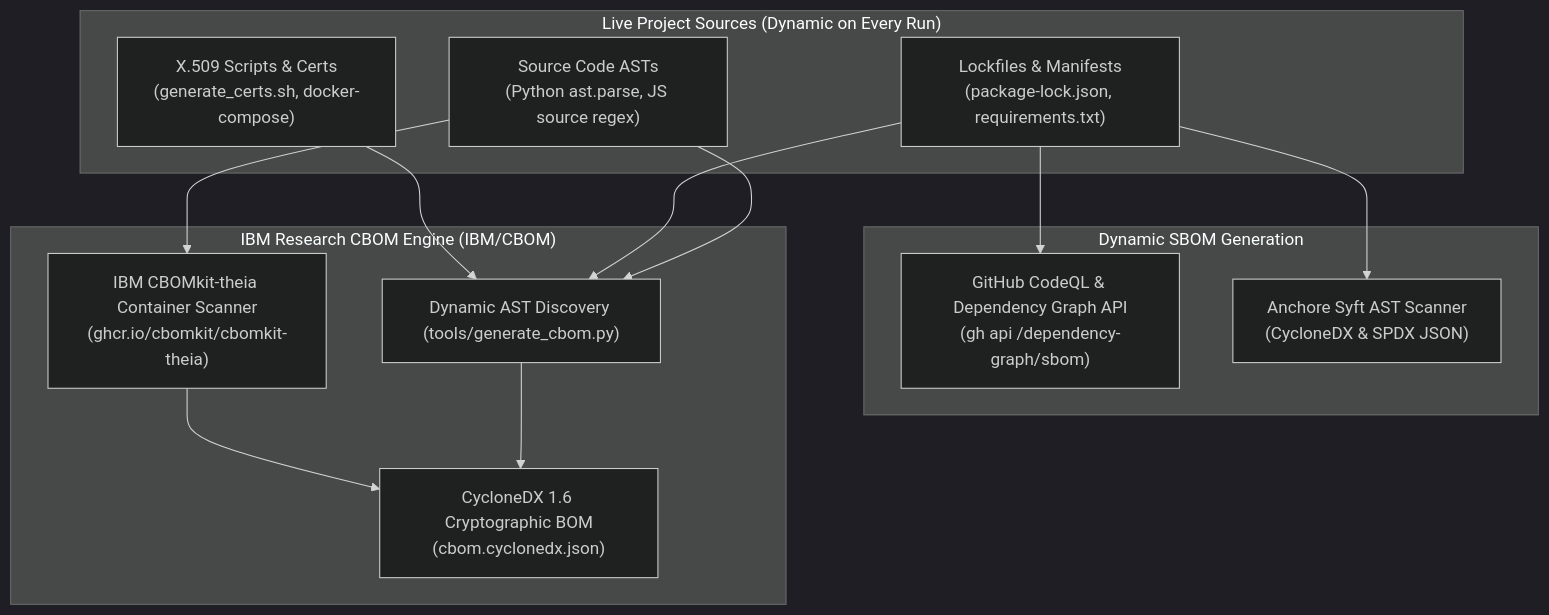
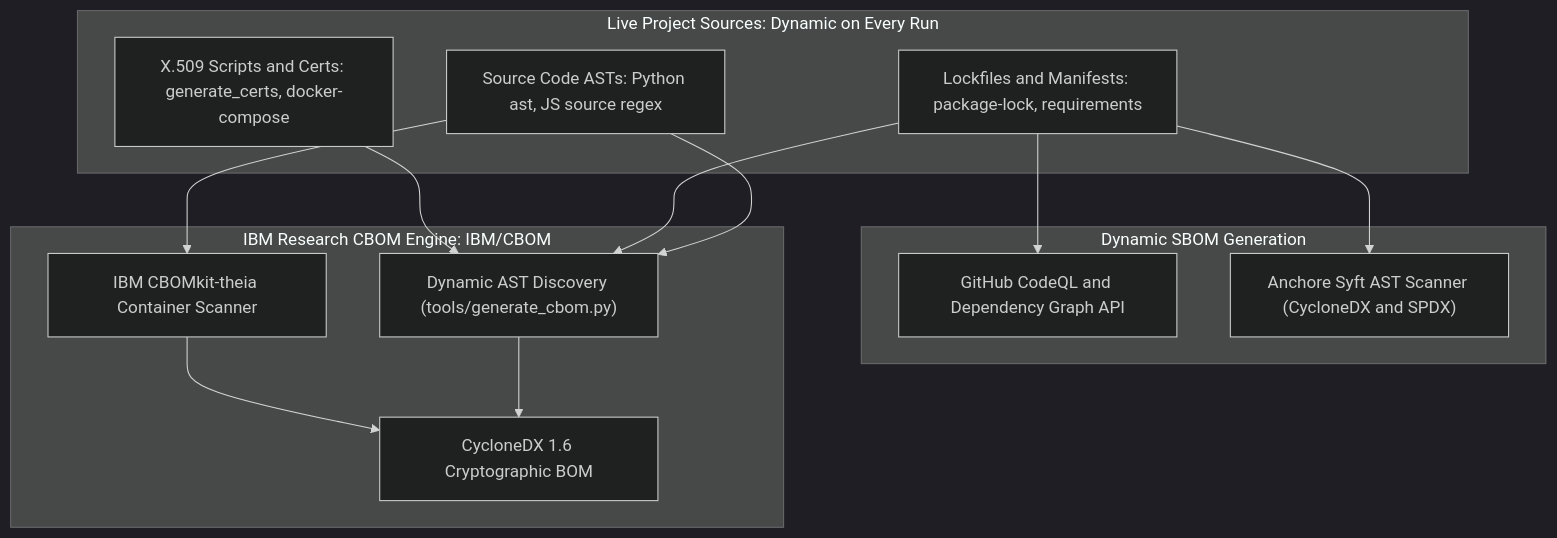
Before and after one commit to 0x4rc4n3/ScatterID: the second of 2 diagrams in docs/DEVSECOPS_GUIDE.md, drawn with Mermaid (dark theme). The commit also changed other lines of this file and 1 other file, not shown here.

Commit message:
docs: fix Mermaid syntax for GitHub rich display rendering

````diff
--- a/docs/DEVSECOPS_GUIDE.md
+++ b/docs/DEVSECOPS_GUIDE.md
@@ -128,29 +125,29 @@
 ```mermaid
 flowchart TD
-    subgraph DYNAMIC_INPUTS["Live Project Sources (Dynamic on Every Run)"]
-        SRC_AST["Source Code ASTs<br/>(Python ast.parse, JS source regex)"]
-        LOCKFILES["Lockfiles & Manifests<br/>(package-lock.json, requirements.txt)"]
-        CERTS["X.509 Scripts & Certs<br/>(generate_certs.sh, docker-compose)"]
+    subgraph DYNAMIC_INPUTS["Live Project Sources: Dynamic on Every Run"]
+        SRC_AST["Source Code ASTs: Python ast, JS source regex"]
+        LOCKFILES["Lockfiles and Manifests: package-lock, requirements"]
+        CERTS["X.509 Scripts and Certs: generate_certs, docker-compose"]
     end
 
     subgraph SBOM_ENGINE["Dynamic SBOM Generation"]
-        GH_CODEQL["GitHub CodeQL & Dependency Graph API<br/>(gh api /dependency-graph/sbom)"]
-        SYFT["Anchore Syft AST Scanner<br/>(CycloneDX & SPDX JSON)"]
+        GH_CODEQL["GitHub CodeQL and Dependency Graph API"]
+        SYFT["Anchore Syft AST Scanner (CycloneDX and SPDX)"]
     end
 
-    subgraph CBOM_ENGINE["IBM Research CBOM Engine (IBM/CBOM)"]
+    subgraph CBOM_ENGINE["IBM Research CBOM Engine: IBM/CBOM"]
         PY_CBOM["Dynamic AST Discovery (tools/generate_cbom.py)"]
-        THEIA["IBM CBOMkit-theia Container Scanner<br/>(ghcr.io/cbomkit/cbomkit-theia)"]
-        CBOM_OUT["CycloneDX 1.6 Cryptographic BOM<br/>(cbom.cyclonedx.json)"]
+        THEIA["IBM CBOMkit-theia Container Scanner"]
+        CBOM_OUT["CycloneDX 1.6 Cryptographic BOM"]
     end
 
     SRC_AST --> PY_CBOM
     LOCKFILES --> PY_CBOM
     LOCKFILES --> SYFT
     LOCKFILES --> GH_CODEQL
     CERTS --> PY_CBOM
     SRC_AST --> THEIA
 
     PY_CBOM --> CBOM_OUT
     THEIA --> CBOM_OUT
 ```
````
